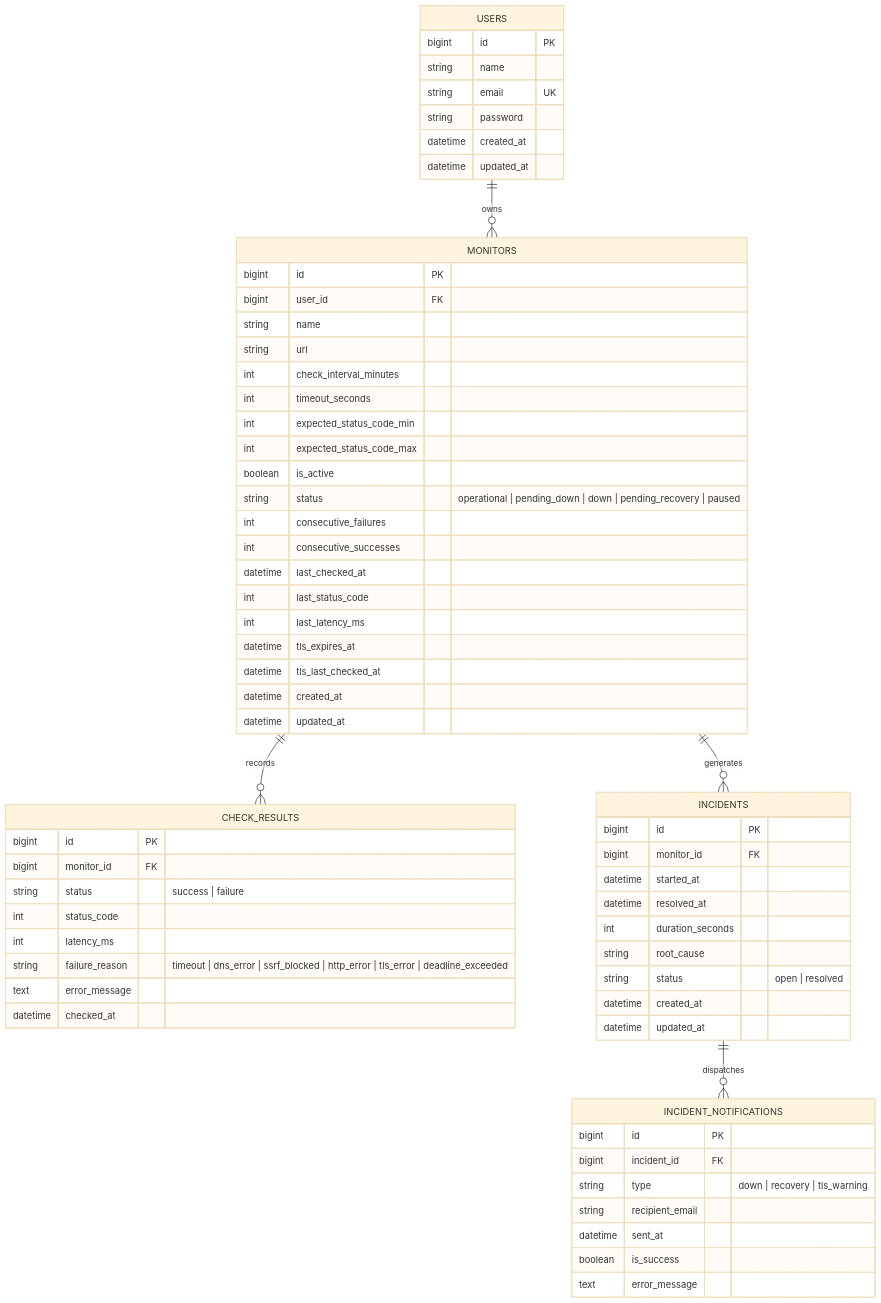
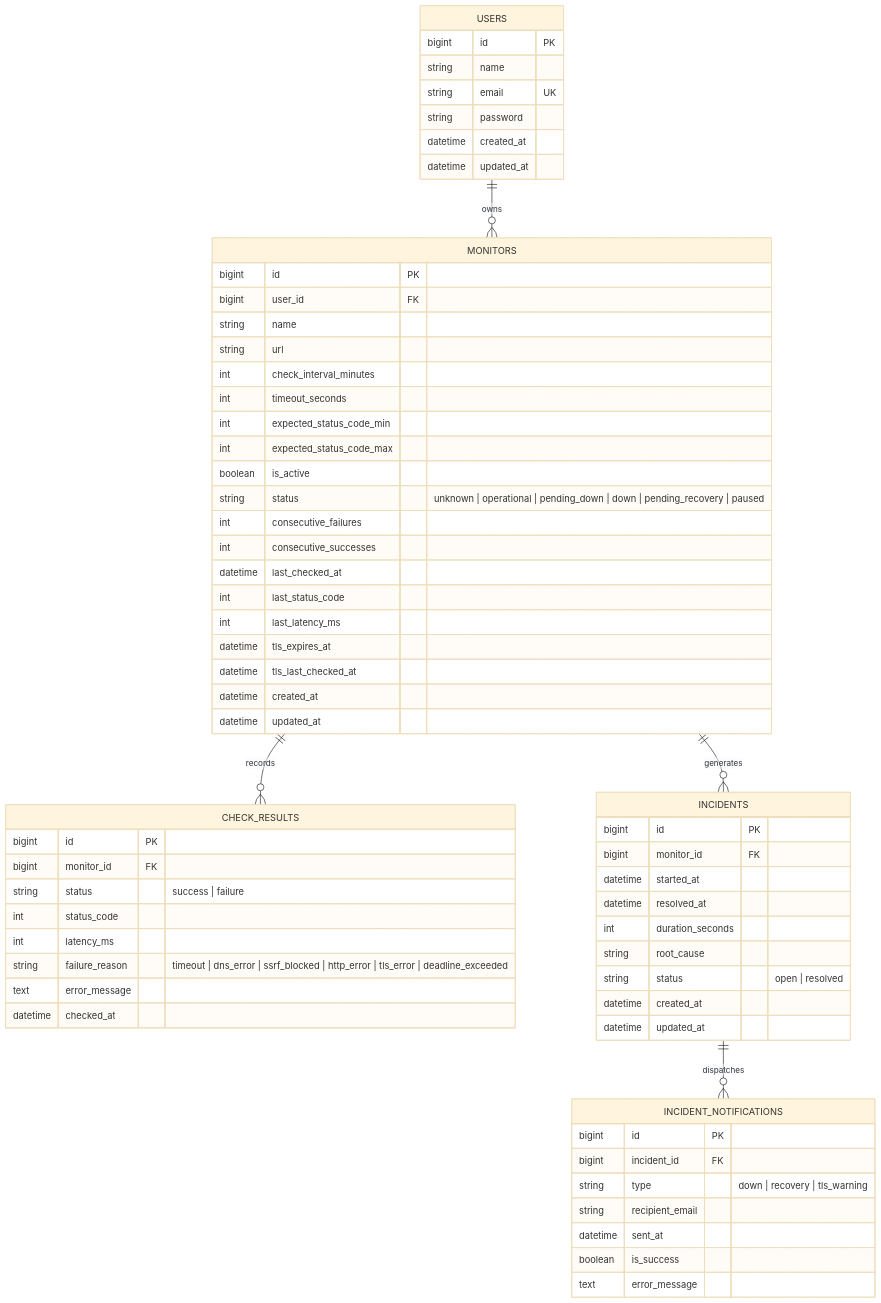
Before and after one commit to ayjed/SitePulse: the second of 2 diagrams in docs/ARCHITECTURE.md, drawn with Mermaid (base theme). The commit also changed other lines of this file and 46 other files, not shown here.

````diff
--- a/docs/ARCHITECTURE.md
+++ b/docs/ARCHITECTURE.md
@@ -131,71 +132,71 @@
 ```mermaid
 erDiagram
     USERS ||--o{ MONITORS : owns
     MONITORS ||--o{ CHECK_RESULTS : records
     MONITORS ||--o{ INCIDENTS : generates
     INCIDENTS ||--o{ INCIDENT_NOTIFICATIONS : dispatches
 
     USERS {
         bigint id PK
         string name
         string email UK
         string password
         datetime created_at
         datetime updated_at
     }
 
     MONITORS {
         bigint id PK
         bigint user_id FK
         string name
         string url
         int check_interval_minutes
         int timeout_seconds
         int expected_status_code_min
         int expected_status_code_max
         boolean is_active
-        string status "operational | pending_down | down | pending_recovery | paused"
+        string status "unknown | operational | pending_down | down | pending_recovery | paused"
         int consecutive_failures
         int consecutive_successes
         datetime last_checked_at
         int last_status_code
         int last_latency_ms
         datetime tls_expires_at
         datetime tls_last_checked_at
         datetime created_at
         datetime updated_at
     }
 
     CHECK_RESULTS {
         bigint id PK
         bigint monitor_id FK
         string status "success | failure"
         int status_code
         int latency_ms
         string failure_reason "timeout | dns_error | ssrf_blocked | http_error | tls_error | deadline_exceeded"
         text error_message
         datetime checked_at
     }
 
     INCIDENTS {
         bigint id PK
         bigint monitor_id FK
         datetime started_at
         datetime resolved_at
         int duration_seconds
         string root_cause
         string status "open | resolved"
         datetime created_at
         datetime updated_at
     }
 
     INCIDENT_NOTIFICATIONS {
         bigint id PK
         bigint incident_id FK
         string type "down | recovery | tls_warning"
         string recipient_email
         datetime sent_at
         boolean is_success
         text error_message
     }
 ```
````
